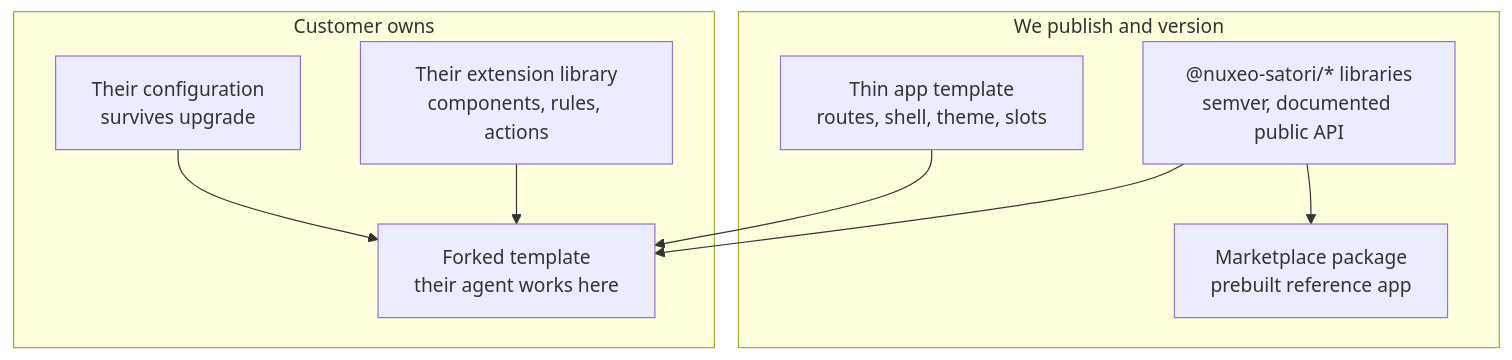
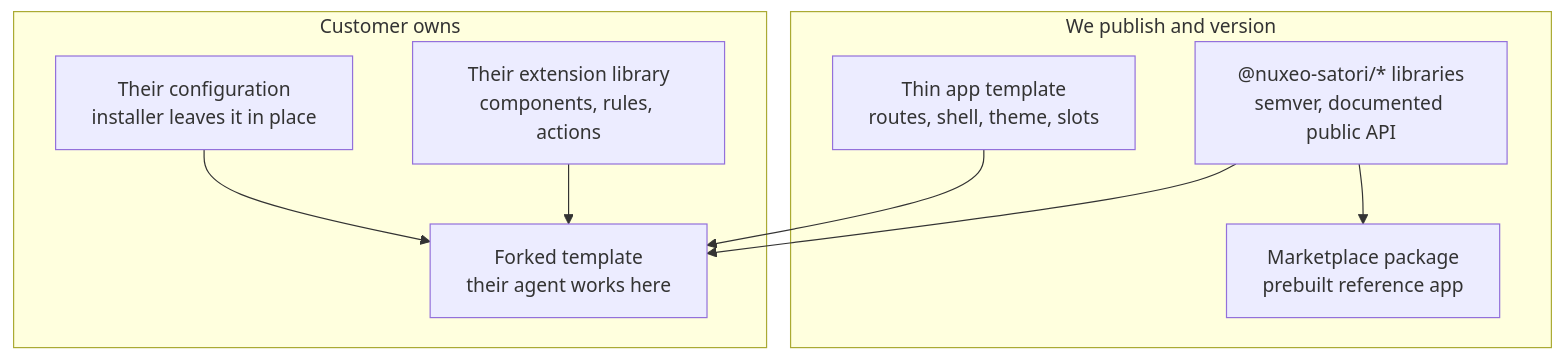
The second of 2 diagrams in docs/adf-hx-beta-plan.md (nuxeo/agentic-ui-poc), drawn with Mermaid before and after one commit. The commit also changed 6 other files, not shown here.

````diff
--- a/docs/adf-hx-beta-plan.md
+++ b/docs/adf-hx-beta-plan.md
@@ -103,18 +103,18 @@
 ```mermaid
 flowchart TD
   subgraph ours [We publish and version]
     libs["@nuxeo-satori/* libraries<br/>semver, documented public API"]
     tmpl["Thin app template<br/>routes, shell, theme, slots"]
     pkg["Marketplace package<br/>prebuilt reference app"]
   end
   subgraph theirs [Customer owns]
     fork["Forked template<br/>their agent works here"]
     extlib["Their extension library<br/>components, rules, actions"]
-    cfg["Their configuration<br/>survives upgrade"]
+    cfg["Their configuration<br/>installer leaves it in place"]
   end
   libs --> fork
   tmpl --> fork
   extlib --> fork
   cfg --> fork
   libs --> pkg
 ```
````
